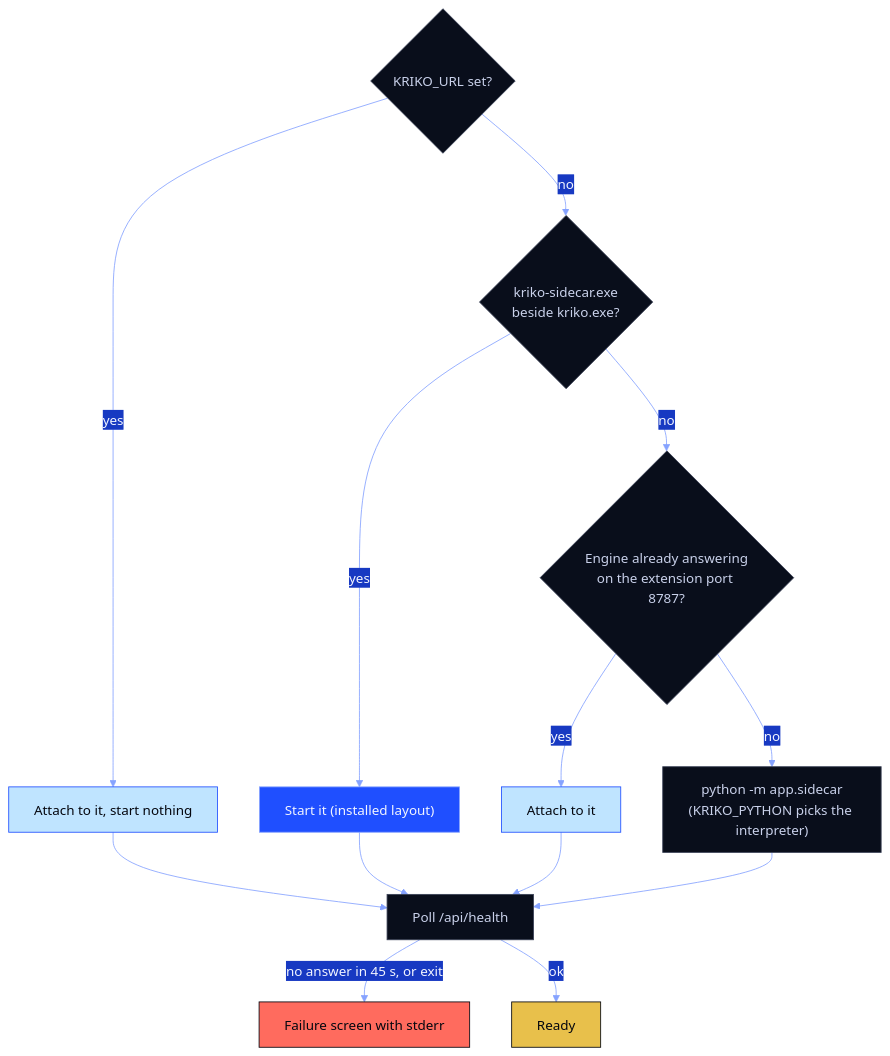
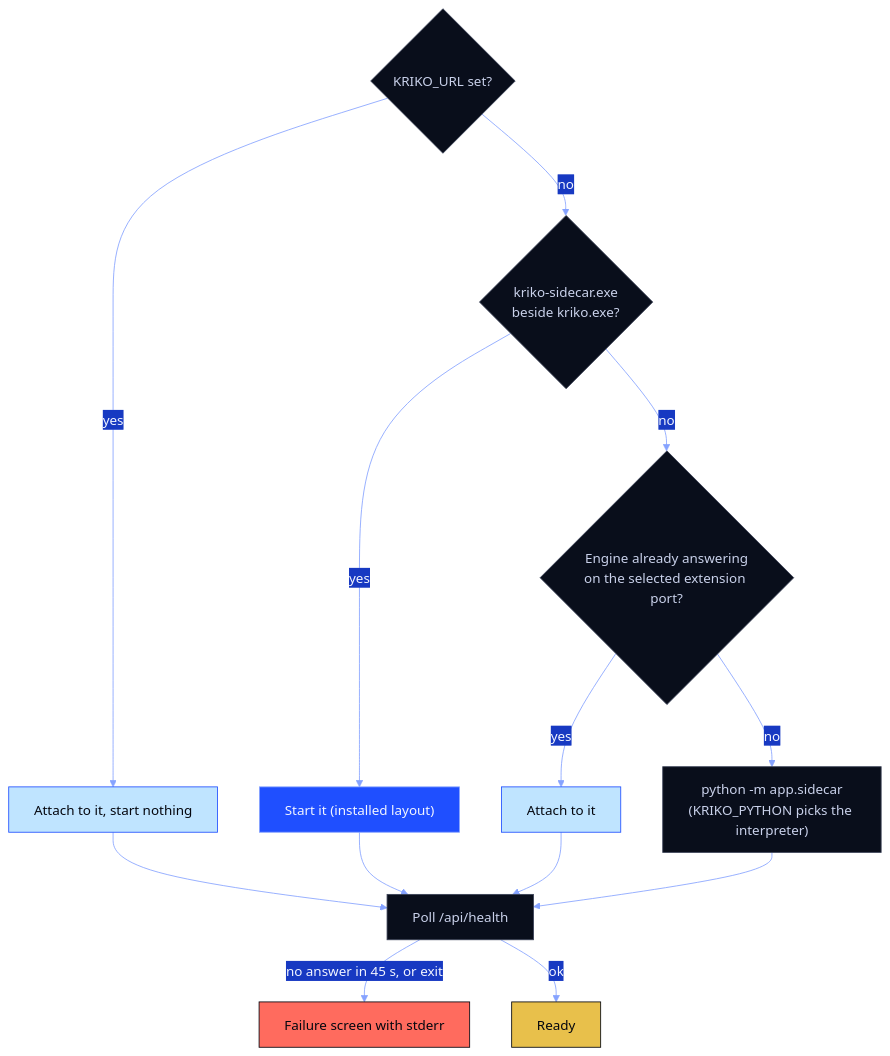
One commit to Berbadov/kriko changed the second of 3 diagrams in kriko-gpui/README.md. Above: the diagram before and after it, drawn with Mermaid. The commit also changed 17 other files, not shown here.

First line of the commit message:
Make desktop extension port editable and ship 1.0.2 (KRI-40)

````diff
--- a/kriko-gpui/README.md
+++ b/kriko-gpui/README.md
@@ -65,22 +65,22 @@
 ```mermaid
 %%{init: {"theme":"base","themeVariables":{"fontFamily":"ui-monospace, SFMono-Regular, Consolas, monospace","primaryColor":"#090E1B","primaryTextColor":"#F2F5FF","primaryBorderColor":"#1F4FFF","lineColor":"#86A3FF","secondaryColor":"#1739C2","tertiaryColor":"#080B16","noteBkgColor":"#BFE4FF","noteTextColor":"#05070F","actorBkg":"#090E1B","actorTextColor":"#F2F5FF","actorBorder":"#1F4FFF","signalColor":"#86A3FF","signalTextColor":"#86A3FF"}}}%%
 flowchart TD
     A{"KRIKO_URL set?"}:::plain -->|yes| B["Attach to it, start nothing"]:::ice
     A -->|no| C{"kriko-sidecar.exe<br/>beside kriko.exe?"}:::plain
     C -->|yes| D["Start it (installed layout)"]:::brand
-    C -->|no| E{"Engine already answering<br/>on the extension port 8787?"}:::plain
+    C -->|no| E{"Engine already answering<br/>on the selected extension port?"}:::plain
     E -->|yes| F["Attach to it"]:::ice
     E -->|no| G["python -m app.sidecar<br/>(KRIKO_PYTHON picks the interpreter)"]:::plain
     D --> H["Poll /api/health"]:::plain
     G --> H
     B --> H
     F --> H
     H -->|"no answer in 45 s, or exit"| X["Failure screen with stderr"]:::danger
     H -->|ok| R["Ready"]:::mark
 
     classDef brand  fill:#1F4FFF,stroke:#86A3FF,color:#F2F5FF
     classDef plain  fill:#090E1B,stroke:#3A4156,color:#C9D1EA
     classDef ice    fill:#BFE4FF,stroke:#1F4FFF,color:#05070F
     classDef danger fill:#FF6B5E,stroke:#05070F,color:#05070F
     classDef mark   fill:#E8C04B,stroke:#05070F,color:#05070F
 ```
````
